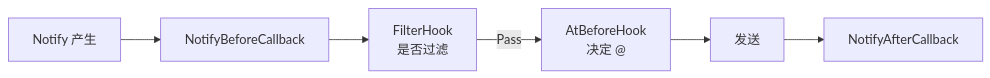
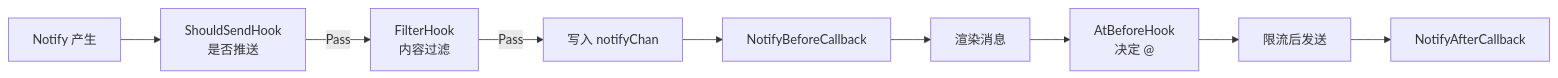
One commit to kizunerwe/DDBOT-WSa-docs changed the diagram in docs/plugin/config-hook.md. Above: the diagram before and after it, drawn with Mermaid. The commit also changed other lines of this file and 58 other files, not shown here.

````diff
--- a/docs/plugin/config-hook.md
+++ b/docs/plugin/config-hook.md
@@ -11,8 +11,11 @@
 ```mermaid
 flowchart LR
-    A[Notify 产生] --> B[NotifyBeforeCallback]
-    B --> C[FilterHook<br/>是否过滤]
-    C -->|Pass| D[AtBeforeHook<br/>决定 @]
-    D --> E[发送]
-    E --> F[NotifyAfterCallback]
+    A[Notify 产生] --> B[ShouldSendHook<br/>是否推送]
+    B -->|Pass| C[FilterHook<br/>内容过滤]
+    C -->|Pass| D[写入 notifyChan]
+    D --> E[NotifyBeforeCallback]
+    E --> F[渲染消息]
+    F --> G[AtBeforeHook<br/>决定 @]
+    G --> H[限流后发送]
+    H --> I[NotifyAfterCallback]
 ```
````
